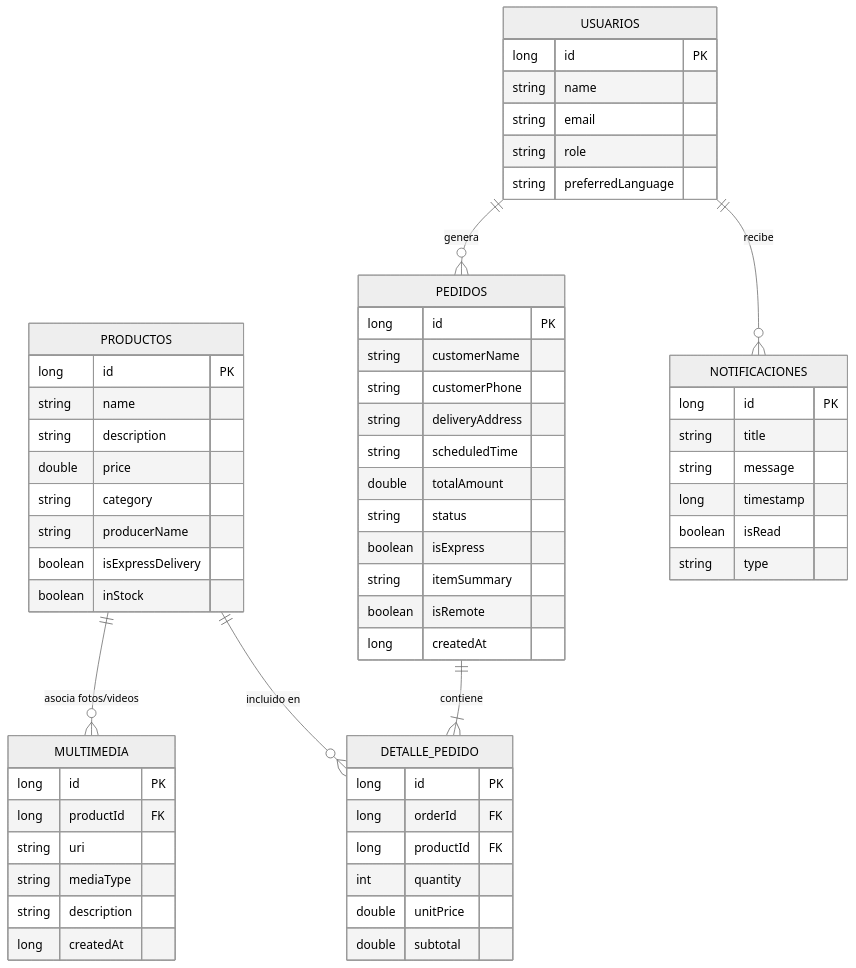
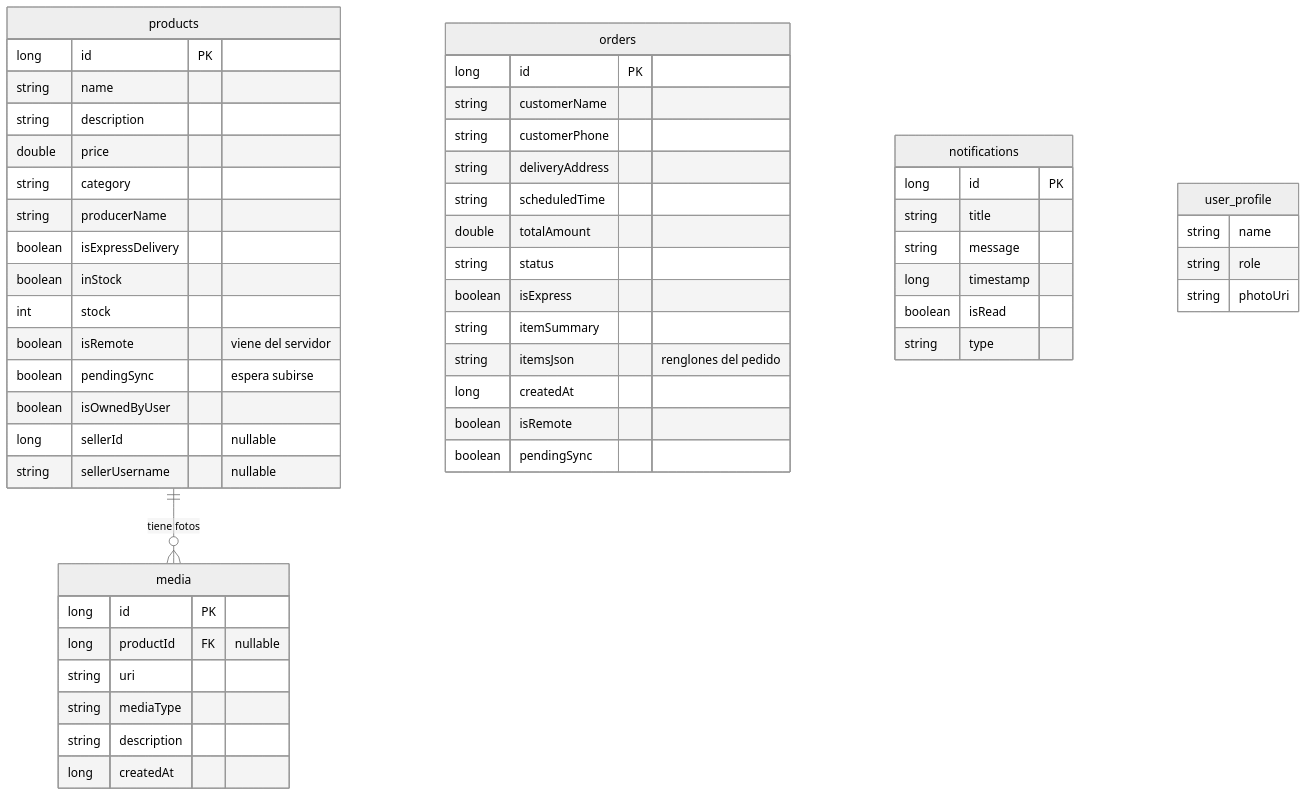
Before and after one commit to RoberthGo/Zoco--Hyperlocal-E-commerce: the first of 5 diagrams in DOCUMENTO_ARQUITECTURA_Y_REQUERIMIENTOS_ENTREGABLE_FINAL.md, drawn with Mermaid (neutral theme). The commit also changed other lines of this file and 8 other files, not shown here.

First line of the commit message:
fix: translate remaining Spanish-only messages; docs: update requirements, DB and UML diagrams

````diff
--- a/DOCUMENTO_ARQUITECTURA_Y_REQUERIMIENTOS_ENTREGABLE_FINAL.md
+++ b/DOCUMENTO_ARQUITECTURA_Y_REQUERIMIENTOS_ENTREGABLE_FINAL.md
@@ -146,68 +162,61 @@
 ```mermaid
 erDiagram
-    PRODUCTOS ||--o{ MULTIMEDIA : "asocia fotos/videos"
-    PRODUCTOS ||--o{ DETALLE_PEDIDO : "incluido en"
-    PEDIDOS ||--|{ DETALLE_PEDIDO : "contiene"
-    USUARIOS ||--o{ PEDIDOS : "genera"
-    USUARIOS ||--o{ NOTIFICACIONES : "recibe"
+    products ||--o{ media : "tiene fotos"
 
-    PRODUCTOS {
+    products {
         long id PK
         string name
         string description
         double price
         string category
         string producerName
         boolean isExpressDelivery
         boolean inStock
+        int stock
+        boolean isRemote "viene del servidor"
+        boolean pendingSync "espera subirse"
+        boolean isOwnedByUser
+        long sellerId "nullable"
+        string sellerUsername "nullable"
     }
 
-    MULTIMEDIA {
+    media {
         long id PK
-        long productId FK
+        long productId FK "nullable"
         string uri
         string mediaType
         string description
         long createdAt
     }
 
-    PEDIDOS {
+    orders {
         long id PK
         string customerName
         string customerPhone
         string deliveryAddress
         string scheduledTime
         double totalAmount
         string status
         boolean isExpress
         string itemSummary
+        string itemsJson "renglones del pedido"
+        long createdAt
         boolean isRemote
-        long createdAt
+        boolean pendingSync
     }
 
-    DETALLE_PEDIDO {
-        long id PK
-        long orderId FK
-        long productId FK
-        int quantity
-        double unitPrice
-        double subtotal
-    }
-
-    NOTIFICACIONES {
+    notifications {
         long id PK
         string title
         string message
         long timestamp
         boolean isRead
         string type
     }
 
-    USUARIOS {
-        long id PK
+    user_profile {
         string name
-        string email
         string role
-        string preferredLanguage
+        string photoUri
     }
 ```
````
